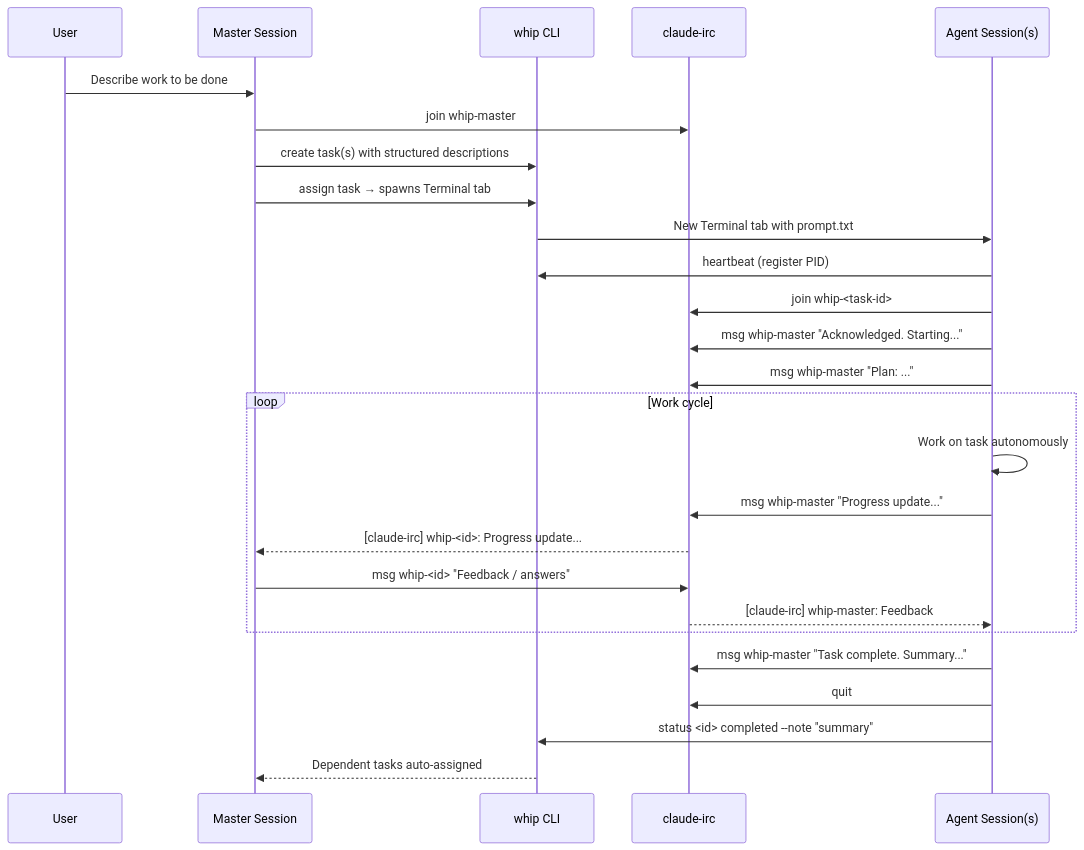
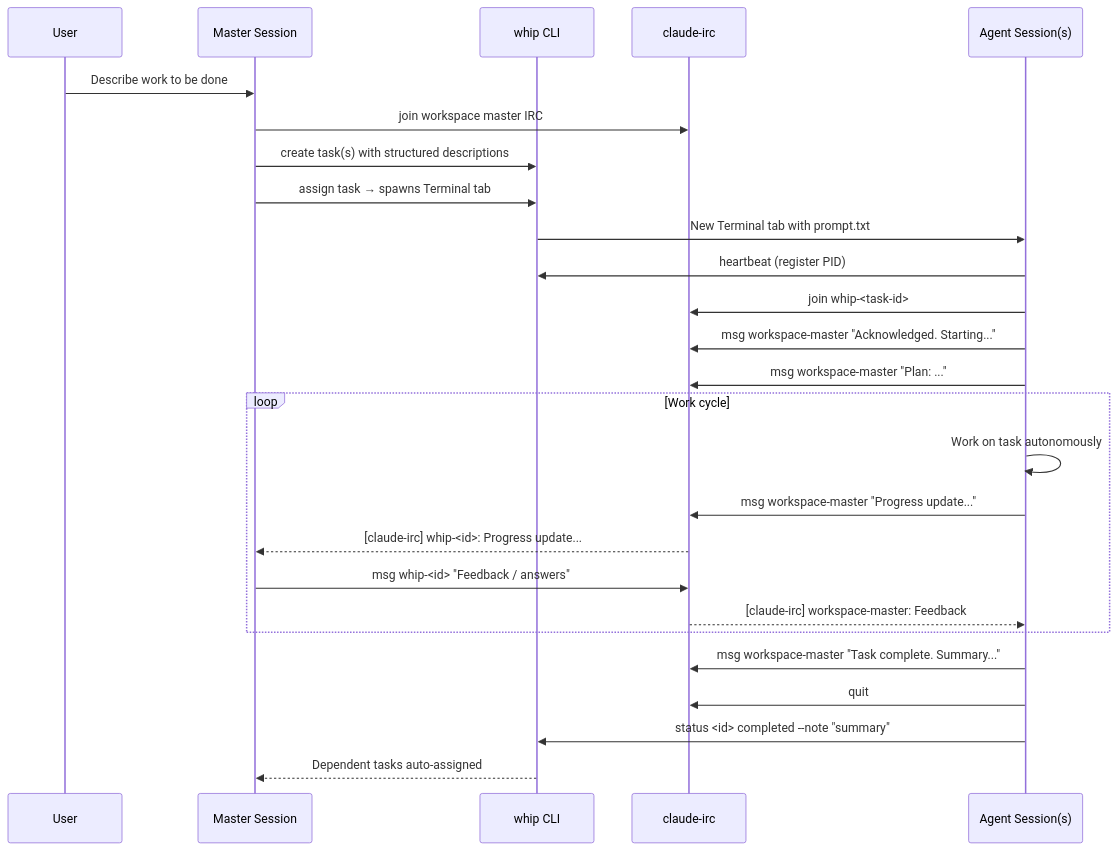
The first of 3 diagrams in whip/docs/workflow-en.md (DongGukMon/ai-tools), drawn with Mermaid before and after one commit. The commit also changed other lines of this file and 40 other files, not shown here.

Commit message:
feat(whip): add named workspaces for stacked task lanes

````diff
--- a/whip/docs/workflow-en.md
+++ b/whip/docs/workflow-en.md
@@ -14,32 +14,32 @@
 ```mermaid
 sequenceDiagram
     participant User
     participant Master as Master Session
     participant Whip as whip CLI
     participant IRC as claude-irc
     participant Agent as Agent Session(s)
 
     User->>Master: Describe work to be done
-    Master->>IRC: join whip-master
+    Master->>IRC: join workspace master IRC
     Master->>Whip: create task(s) with structured descriptions
     Master->>Whip: assign task → spawns Terminal tab
     Whip->>Agent: New Terminal tab with prompt.txt
 
     Agent->>Whip: heartbeat (register PID)
     Agent->>IRC: join whip-<task-id>
-    Agent->>IRC: msg whip-master "Acknowledged. Starting..."
-    Agent->>IRC: msg whip-master "Plan: ..."
+    Agent->>IRC: msg workspace-master "Acknowledged. Starting..."
+    Agent->>IRC: msg workspace-master "Plan: ..."
 
     loop Work cycle
         Agent->>Agent: Work on task autonomously
-        Agent->>IRC: msg whip-master "Progress update..."
+        Agent->>IRC: msg workspace-master "Progress update..."
         IRC-->>Master: [claude-irc] whip-<id>: Progress update...
         Master->>IRC: msg whip-<id> "Feedback / answers"
-        IRC-->>Agent: [claude-irc] whip-master: Feedback
+        IRC-->>Agent: [claude-irc] workspace-master: Feedback
     end
 
-    Agent->>IRC: msg whip-master "Task complete. Summary..."
+    Agent->>IRC: msg workspace-master "Task complete. Summary..."
     Agent->>IRC: quit
     Agent->>Whip: status <id> completed --note "summary"
     Whip-->>Master: Dependent tasks auto-assigned
 ```
````
